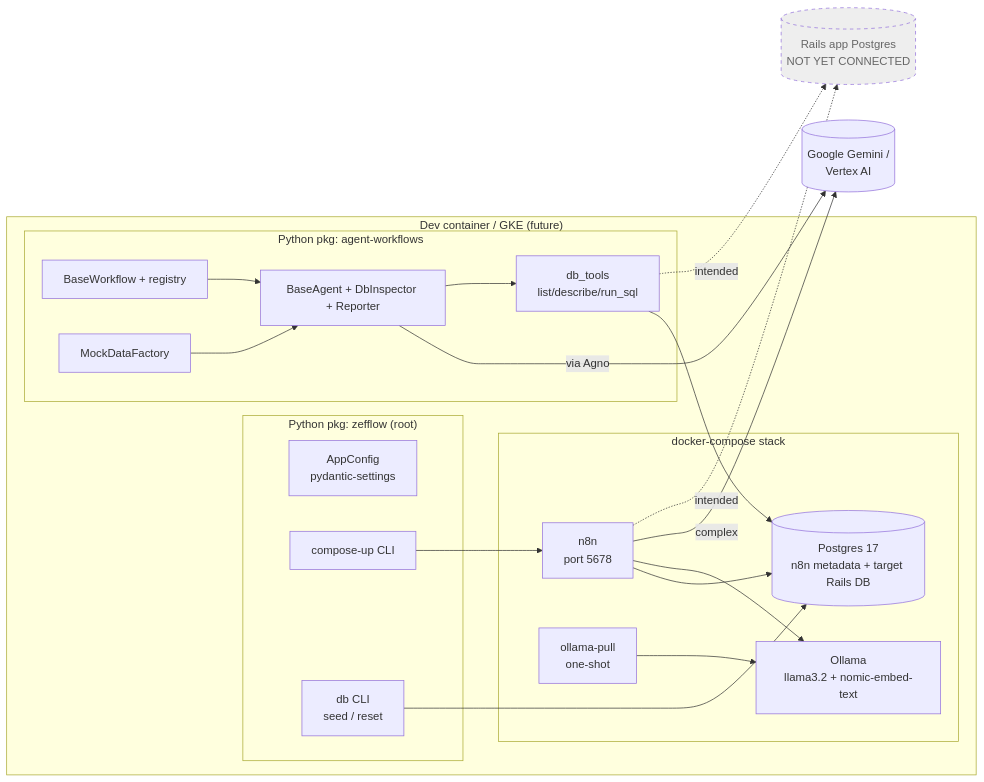
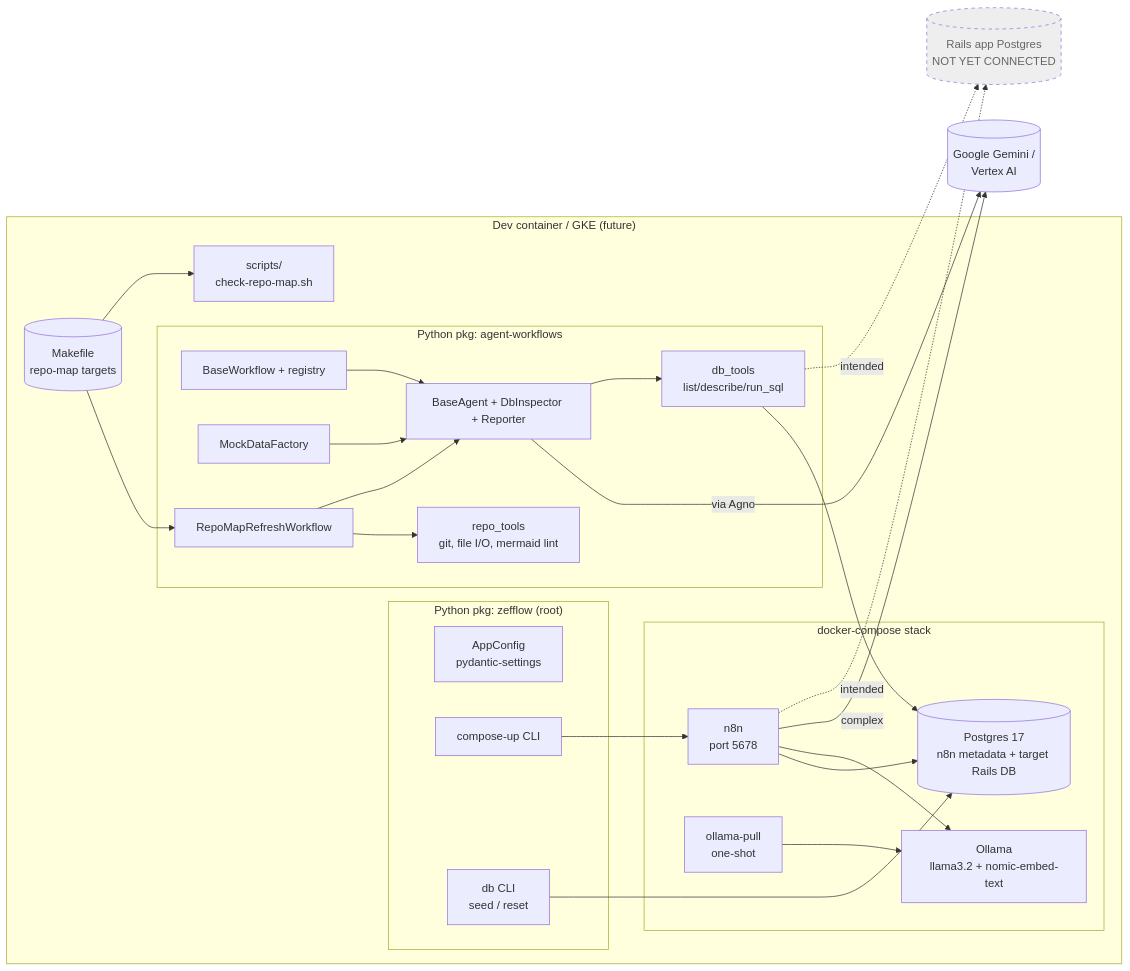
One commit to Rudolf07688/zefflow changed the diagram in notes/repo-map/00-overview.md. Above: the diagram before and after it, drawn with Mermaid. The commit also changed other lines of this file and 22 other files, not shown here.

````diff
--- a/notes/repo-map/00-overview.md
+++ b/notes/repo-map/00-overview.md
@@ -108,41 +112,50 @@
 ```mermaid
 flowchart LR
     subgraph Host["Dev container / GKE (future)"]
         subgraph Compose["docker-compose stack"]
             PG[("Postgres 17<br/>n8n metadata + target Rails DB")]
             OL["Ollama<br/>llama3.2 + nomic-embed-text"]
             N8N["n8n<br/>port 5678"]
             PULL["ollama-pull<br/>one-shot"]
         end
         subgraph PyA["Python pkg: zefflow (root)"]
             CFG["AppConfig<br/>pydantic-settings"]
             CU["compose-up CLI"]
             DBU["db CLI<br/>seed / reset"]
         end
         subgraph PyB["Python pkg: agent-workflows"]
             WF["BaseWorkflow + registry"]
             AG["BaseAgent + DbInspector + Reporter"]
             MD["MockDataFactory"]
             TL["db_tools<br/>list/describe/run_sql"]
+            RMR["RepoMapRefreshWorkflow"]
+            RPTL["repo_tools<br/>git, file I/O, mermaid lint"]
         end
+        MK[("Makefile<br/>repo-map targets")]
+        SCR["scripts/<br/>check-repo-map.sh"]
     end
     GEM[("Google Gemini /<br/>Vertex AI")]
     RAILS[("Rails app Postgres<br/>NOT YET CONNECTED")]
 
     CU --> N8N
     DBU --> PG
     N8N --> PG
     N8N --> OL
     PULL --> OL
     N8N -->|complex| GEM
     AG -->|via Agno| GEM
     WF --> AG
     AG --> TL
     TL --> PG
     MD --> AG
     N8N -.intended.-> RAILS
     TL -.intended.-> RAILS
 
+    RMR --> RPTL
+    RMR --> AG
+    MK --> RMR
+    MK --> SCR
+
     classDef ghost stroke-dasharray: 5 5,fill:#eee,color:#666;
     class RAILS ghost;
 ```
````
